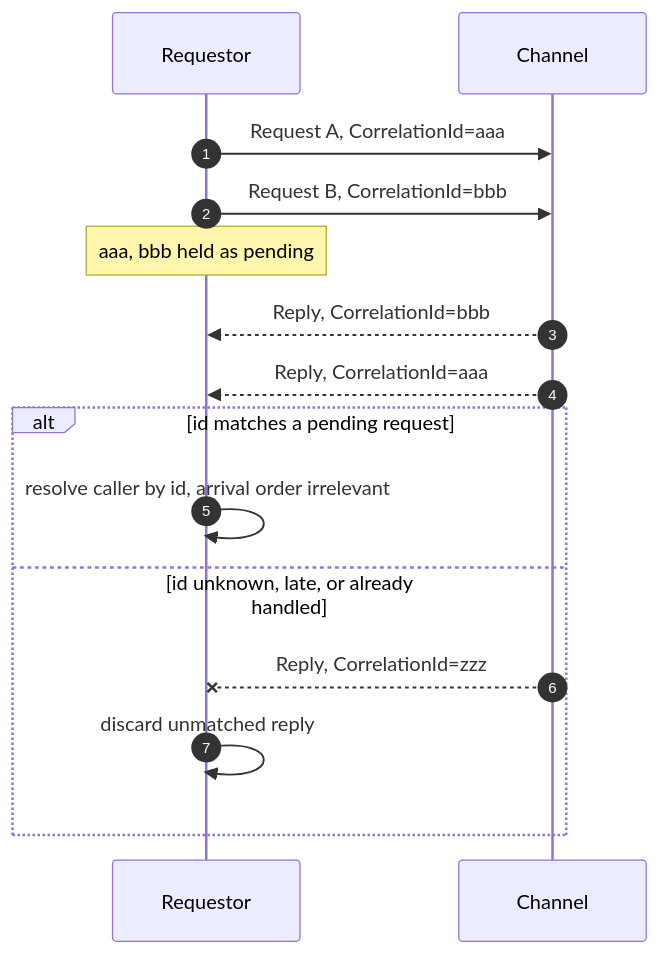
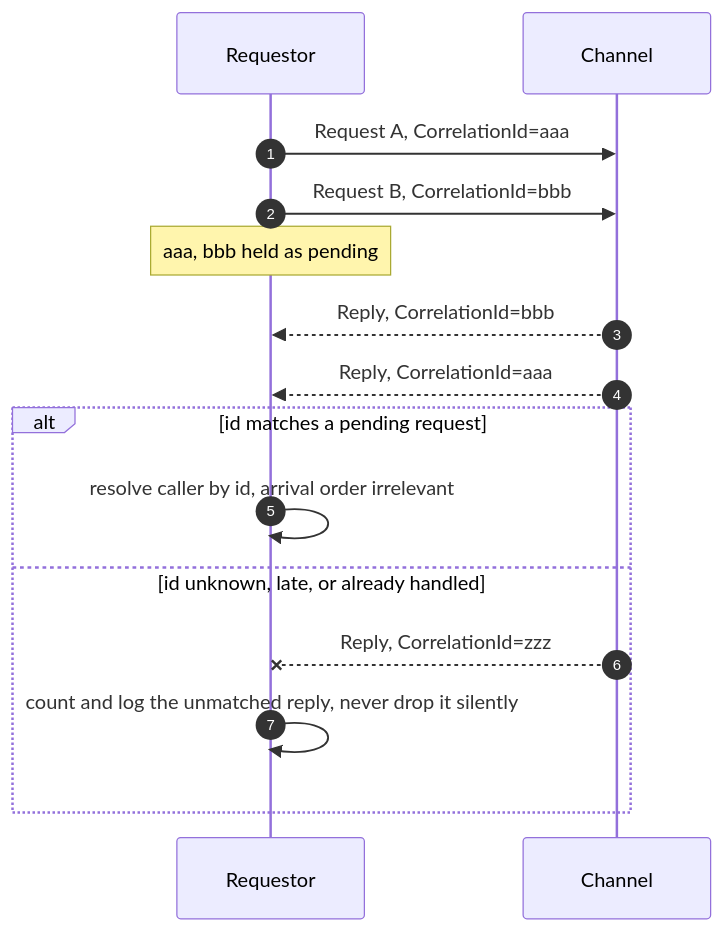
Before and after one commit to oleksandrderechei-ai/patterns-kb-fork: the second of 2 diagrams in docs/patterns/messaging/correlation-identifier.md, drawn with Mermaid. The commit also changed other lines of this file and 6 other files, not shown here.

````diff
--- a/docs/patterns/messaging/correlation-identifier.md
+++ b/docs/patterns/messaging/correlation-identifier.md
@@ -55,17 +55,17 @@
-```mermaid caption="Two requests are in flight at once and their replies come back out of order; the correlation id — not arrival order — tells the requestor which reply answers which request, and a reply matching no pending id is discarded."
+```mermaid caption="Two requests are in flight at once and their replies come back out of order. The correlation id, not arrival order, tells the requestor which reply answers which request. A reply that matches no pending id is counted and logged, not dropped silently."
 sequenceDiagram
     autonumber
     participant R as Requestor
     participant Ch as Channel
     R->>Ch: Request A, CorrelationId=aaa
     R->>Ch: Request B, CorrelationId=bbb
     Note over R: aaa, bbb held as pending
     Ch-->>R: Reply, CorrelationId=bbb
     Ch-->>R: Reply, CorrelationId=aaa
     alt id matches a pending request
         R->>R: resolve caller by id, arrival order irrelevant
     else id unknown, late, or already handled
         Ch--xR: Reply, CorrelationId=zzz
-        R->>R: discard unmatched reply
+        R->>R: count and log the unmatched reply, never drop it silently
     end
 ```
````
